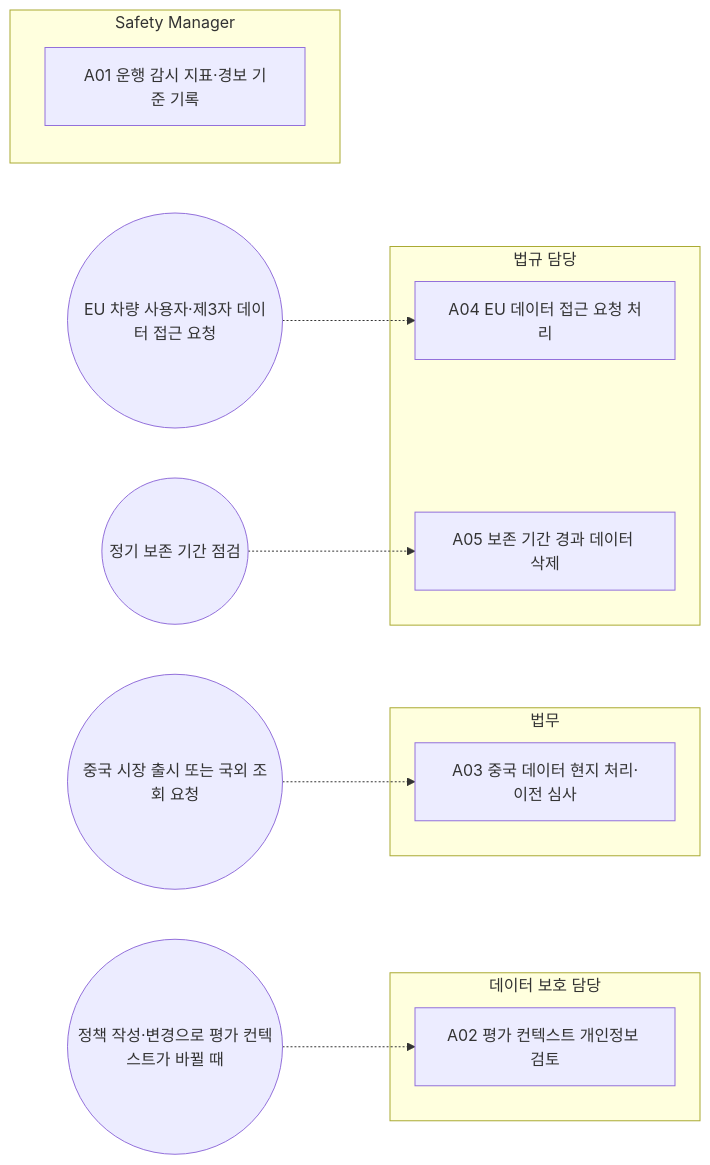
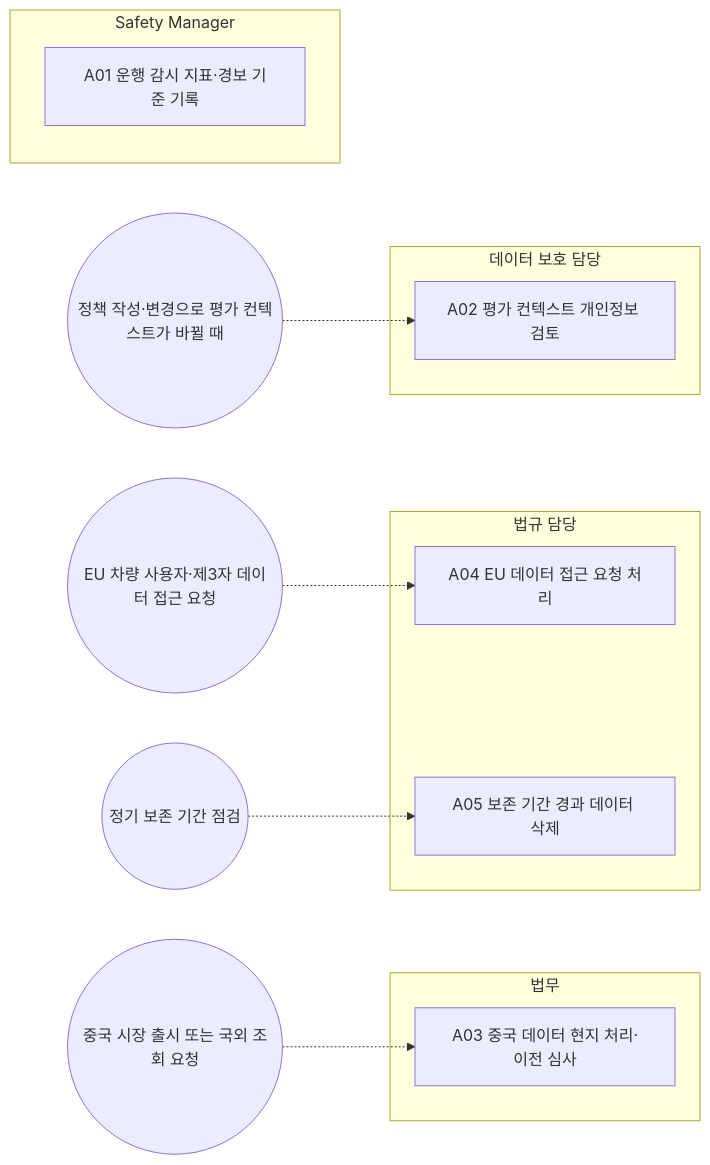
One commit to mutuuslab/feature-topology-platform changed the diagram in docs/65-workflows/out/processes/FPW.12.md. Above: the diagram before and after it, drawn with Mermaid. The commit also changed other lines of this file and 55 other files, not shown here.

````diff
--- a/docs/65-workflows/out/processes/FPW.12.md
+++ b/docs/65-workflows/out/processes/FPW.12.md
@@ -24,20 +24,20 @@
 ```mermaid
 flowchart LR
   subgraph R_SM["Safety Manager"]
     FPW_12_A01["A01 운행 감시 지표·경보 기준 기록"]
-  end
-  subgraph R_DPO["데이터 보호 담당"]
-    FPW_12_A02["A02 평가 컨텍스트 개인정보 검토"]
   end
   subgraph R_LEG["법무"]
     FPW_12_A03["A03 중국 데이터 현지 처리·이전 심사"]
   end
   subgraph R_REG["법규 담당"]
     FPW_12_A04["A04 EU 데이터 접근 요청 처리"]
     FPW_12_A05["A05 보존 기간 경과 데이터 삭제"]
   end
-  T_FPW_12_A02(("정책 작성·변경으로 평가 컨텍스트가 바뀔 때")) -.-> FPW_12_A02
+  subgraph R_DPO["데이터 보호 담당"]
+    FPW_12_A02["A02 평가 컨텍스트 개인정보 검토"]
+  end
   T_FPW_12_A03(("중국 시장 출시 또는 국외 조회 요청")) -.-> FPW_12_A03
   T_FPW_12_A04(("EU 차량 사용자·제3자 데이터 접근 요청")) -.-> FPW_12_A04
+  T_FPW_12_A02(("정책 작성·변경으로 평가 컨텍스트가 바뀔 때")) -.-> FPW_12_A02
   T_FPW_12_A05(("정기 보존 기간 점검")) -.-> FPW_12_A05
 ```
````
